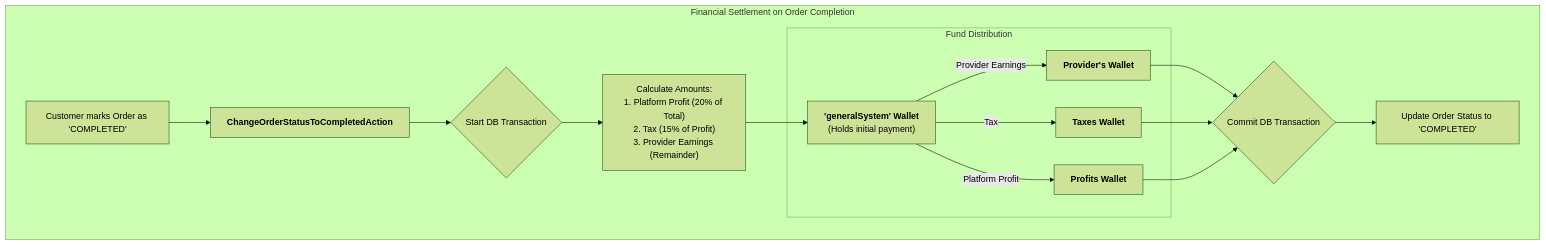
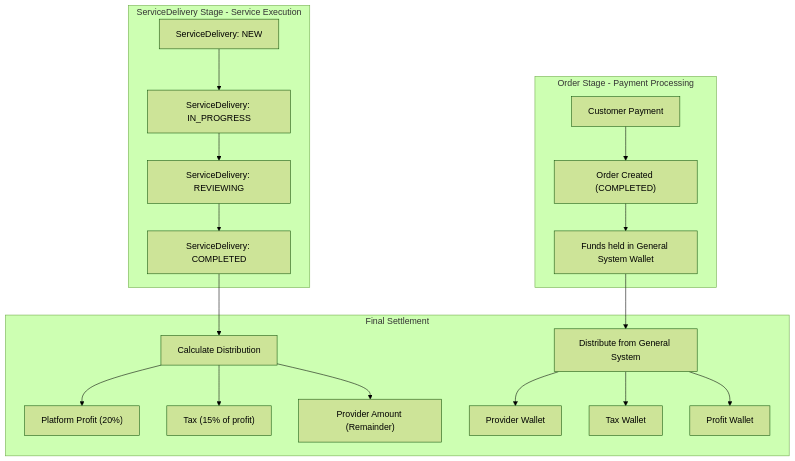
One commit to khalidgxg/brooder-doc changed the fourth of 4 diagrams in docs/workflows/shared/orders-management.md. Above: the diagram before and after it, drawn with Mermaid (forest theme). The commit also changed other lines of this file and 4 other files, not shown here.

````diff
--- a/docs/workflows/shared/orders-management.md
+++ b/docs/workflows/shared/orders-management.md
@@ -75,16 +96,24 @@
 ```mermaid
 graph TD;
-    subgraph "Financial Settlement on Order Completion"
-        A["Customer marks Order as 'COMPLETED'"] --> B["<b>ChangeOrderStatusToCompletedAction</b>"];
-        B --> C{"Start DB Transaction"};
-        C --> D["Calculate Amounts:<br>1. Platform Profit (20% of Total)<br>2. Tax (15% of Profit)<br>3. Provider Earnings (Remainder)"];
-        D --> E["<b>'generalSystem' Wallet</b><br>(Holds initial payment)"];
-        subgraph "Fund Distribution"
-            E -->|Provider Earnings| F["<b>Provider's Wallet</b>"];
-            E -->|Tax| G["<b>Taxes Wallet</b>"];
-            E -->|Platform Profit| H["<b>Profits Wallet</b>"];
-        end
-        F & G & H --> I{"Commit DB Transaction"};
-        I --> J["Update Order Status to 'COMPLETED'"];
+    subgraph "Order Stage - Payment Processing"
+        A["Customer Payment"] --> B["Order Created (COMPLETED)"];
+        B --> C["Funds held in General System Wallet"];
+    end
+    
+    subgraph "ServiceDelivery Stage - Service Execution"
+        D["ServiceDelivery: NEW"] --> E["ServiceDelivery: IN_PROGRESS"];
+        E --> F["ServiceDelivery: REVIEWING"];
+        F --> G["ServiceDelivery: COMPLETED"];
+    end
+    
+    subgraph "Final Settlement"
+        G --> H["Calculate Distribution"];
+        H --> I["Platform Profit (20%)"];
+        H --> J["Tax (15% of profit)"];
+        H --> K["Provider Amount (Remainder)"];
+        C --> L["Distribute from General System"];
+        L --> M["Provider Wallet"];
+        L --> N["Tax Wallet"];
+        L --> O["Profit Wallet"];
     end
 ```
````
